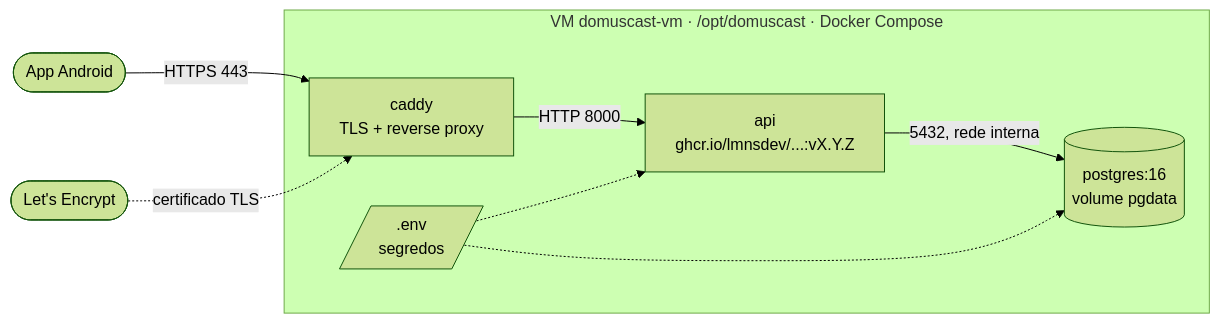
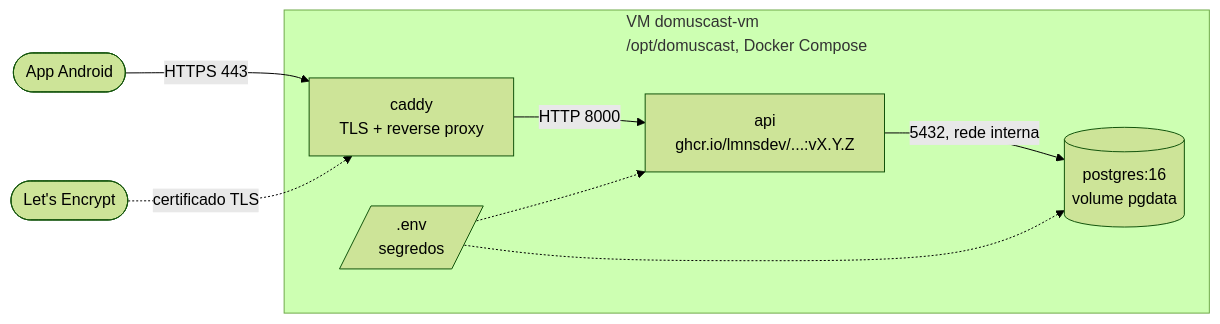
Before and after one commit to LMNSdev/LABDSOF_DOMUSCAST: the third of 4 diagrams in docs/sprintB/VM/README.md, drawn with Mermaid (forest theme). The commit also changed other lines of this file and 3 other files, not shown here.

````diff
--- a/docs/sprintB/VM/README.md
+++ b/docs/sprintB/VM/README.md
@@ -234,12 +234,12 @@
 ```mermaid
 flowchart LR
     app(["App Android"]) -->|"HTTPS 443"| caddy
     le(["Let's Encrypt"]) -.->|"certificado TLS"| caddy
 
-    subgraph vm["VM domuscast-vm · /opt/domuscast · Docker Compose"]
+    subgraph vm["VM domuscast-vm<br/>/opt/domuscast, Docker Compose"]
         caddy["caddy<br/>TLS + reverse proxy"] -->|"HTTP 8000"| api["api<br/>ghcr.io/lmnsdev/...:vX.Y.Z"]
         api -->|"5432, rede interna"| pg[("postgres:16<br/>volume pgdata")]
         env[/".env<br/>segredos"/] -.-> api
         env -.-> pg
     end
 ```
````
